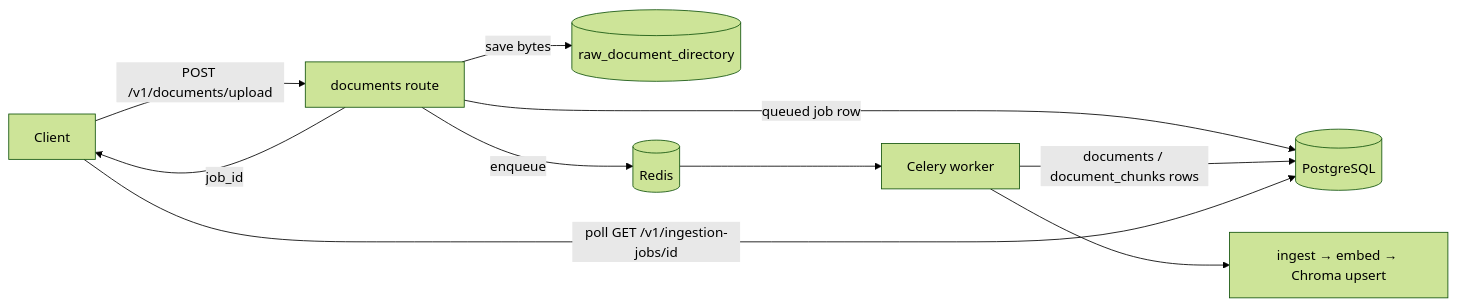
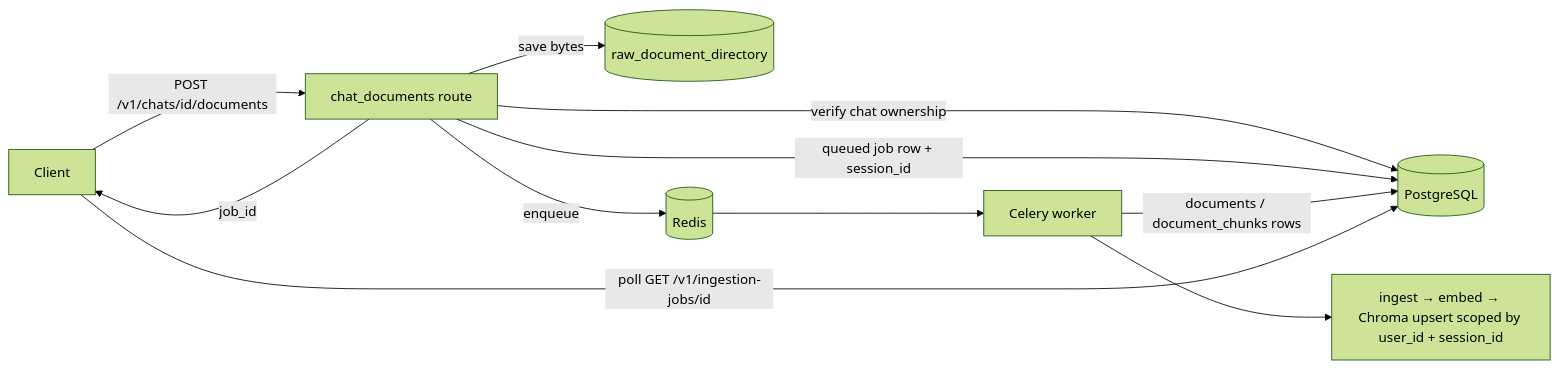
One commit to notjwp/Multilingual-RAG changed the second of 3 diagrams in docs/architecture.md. Above: the diagram before and after it, drawn with Mermaid (forest theme). The commit also changed other lines of this file and 4 other files, not shown here.

Commit message:
docs: bring all markdown in line with the shipped state — record M14-M18 + the Chroma multi-process fix, drop stale FAISS/global-documents/Chroma-server claims, replace create-next-app boilerplate

````diff
--- a/docs/architecture.md
+++ b/docs/architecture.md
@@ -74,12 +74,13 @@
 ```mermaid
 flowchart LR
-    C[Client] -->|POST /v1/documents/upload| U[documents route]
+    C[Client] -->|POST /v1/chats/id/documents| U[chat_documents route]
+    U -->|verify chat ownership| PG[(PostgreSQL)]
     U -->|save bytes| RAW[(raw_document_directory)]
-    U -->|queued job row| PG[(PostgreSQL)]
+    U -->|queued job row + session_id| PG
     U -->|enqueue| RQ[(Redis)]
     U -->|job_id| C
     RQ --> W[Celery worker]
-    W --> ING[ingest → embed → Chroma upsert]
+    W --> ING[ingest → embed → Chroma upsert scoped by user_id + session_id]
     W -->|documents / document_chunks rows| PG
     C -->|poll GET /v1/ingestion-jobs/id| PG
 ```
````
